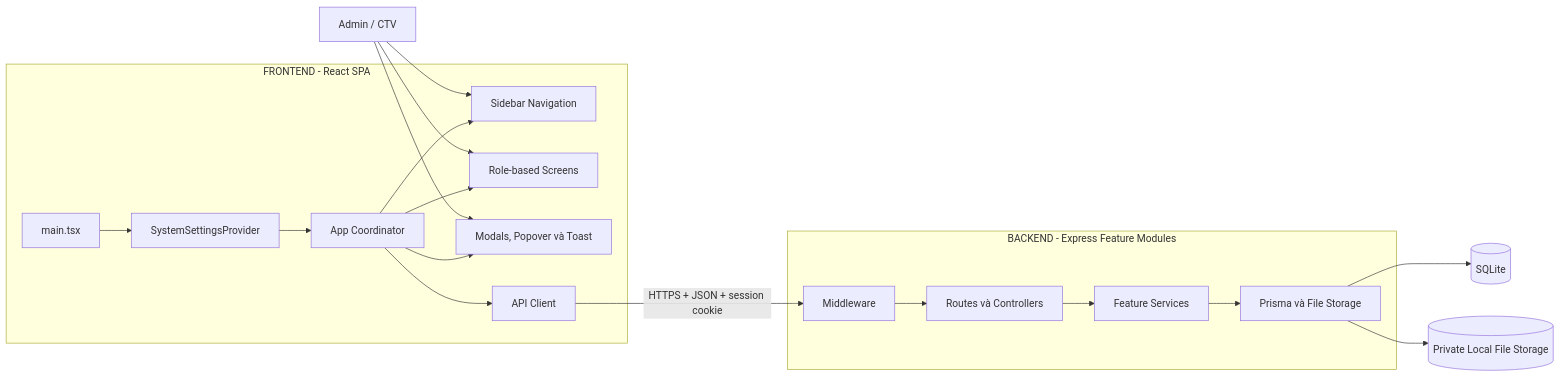
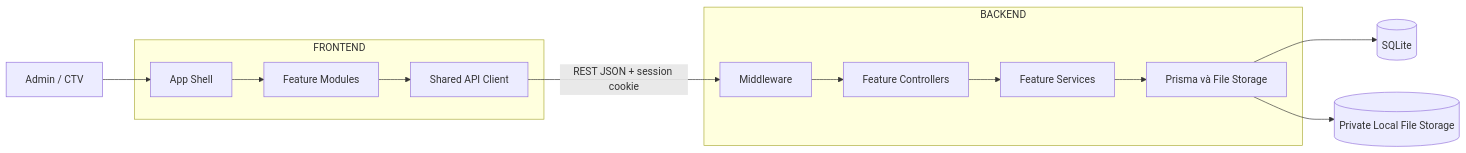
Before and after one commit to MINHDZVODICH/ctv-manage: the first of 3 diagrams in docs/ARCHITECTURE.md, drawn with Mermaid. The commit also changed other lines of this file and 19 other files, not shown here.

Commit message:
docs: align API architecture and prototype flows

````diff
--- a/docs/ARCHITECTURE.md
+++ b/docs/ARCHITECTURE.md
@@ -10,36 +5,27 @@
 ```mermaid
 flowchart LR
     User[Admin / CTV]
 
-    subgraph Frontend[FRONTEND - React SPA]
-        Entry[main.tsx]
-        Provider[SystemSettingsProvider]
-        App[App Coordinator]
-        Navigation[Sidebar Navigation]
-        Screens[Role-based Screens]
-        Overlays[Modals, Popover và Toast]
-        Client[API Client]
+    subgraph Frontend[FRONTEND]
+        App[App Shell]
+        Features[Feature Modules]
+        Client[Shared API Client]
 
-        Entry --> Provider --> App
-        App --> Navigation
-        App --> Screens
-        App --> Overlays
-        App --> Client
+        App --> Features
+        Features --> Client
     end
 
-    subgraph Backend[BACKEND - Express Feature Modules]
+    subgraph Backend[BACKEND]
         Middleware[Middleware]
-        Controller[Routes và Controllers]
+        Controller[Feature Controllers]
         Service[Feature Services]
         Data[Prisma và File Storage]
 
         Middleware --> Controller --> Service --> Data
     end
 
-    User --> Navigation
-    User --> Screens
-    User --> Overlays
-    Client -->|HTTPS + JSON + session cookie| Middleware
+    User --> App
+    Client -->|REST JSON + session cookie| Middleware
     Data --> DB[(SQLite)]
     Data --> Files[(Private Local File Storage)]
 ```
````
